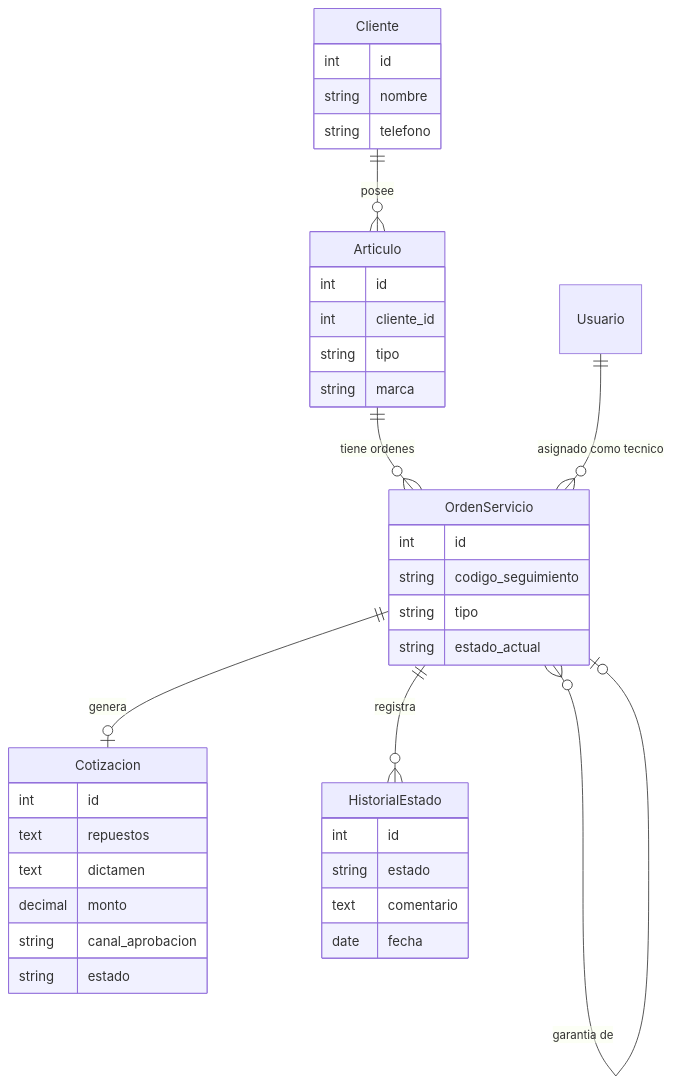
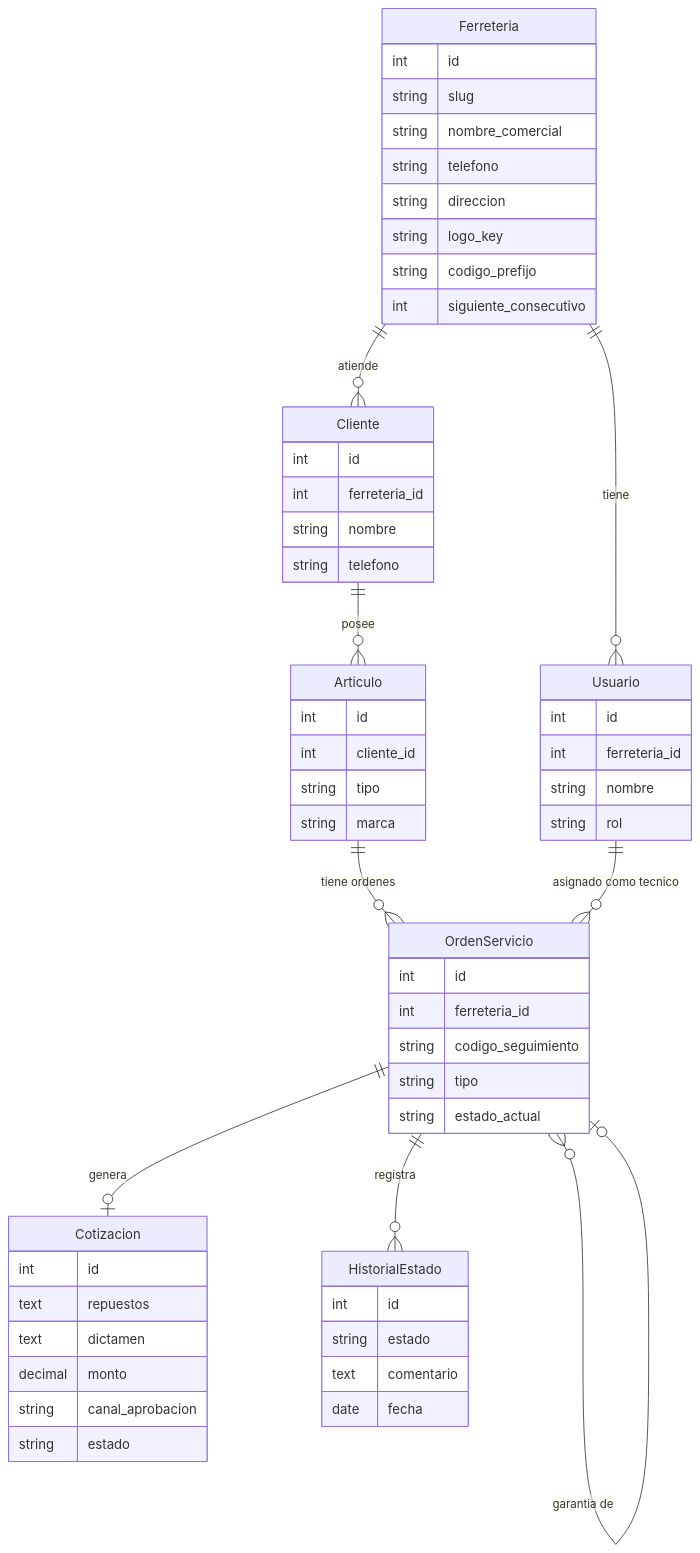
One commit to andrev024/expertools changed the second of 3 diagrams in README.md. Above: the diagram before and after it, drawn with Mermaid. The commit also changed other lines of this file and 39 other files, not shown here.

````diff
--- a/README.md
+++ b/README.md
@@ -65,41 +65,61 @@
 ```mermaid
 erDiagram
+    Ferreteria ||--o{ Usuario : tiene
+    Ferreteria ||--o{ Cliente : atiende
     Cliente ||--o{ Articulo : posee
     Articulo ||--o{ OrdenServicio : "tiene ordenes"
     Usuario ||--o{ OrdenServicio : "asignado como tecnico"
     OrdenServicio ||--o| Cotizacion : genera
     OrdenServicio ||--o{ HistorialEstado : registra
     OrdenServicio }o--o| OrdenServicio : "garantia de"
 
+    Ferreteria {
+        int id
+        string slug
+        string nombre_comercial
+        string telefono
+        string direccion
+        string logo_key
+        string codigo_prefijo
+        int siguiente_consecutivo
+    }
     Cliente {
         int id
+        int ferreteria_id
         string nombre
         string telefono
+    }
+    Usuario {
+        int id
+        int ferreteria_id
+        string nombre
+        string rol
     }
     Articulo {
         int id
         int cliente_id
         string tipo
         string marca
     }
     OrdenServicio {
         int id
+        int ferreteria_id
         string codigo_seguimiento
         string tipo
         string estado_actual
     }
     Cotizacion {
         int id
         text repuestos
         text dictamen
         decimal monto
         string canal_aprobacion
         string estado
     }
     HistorialEstado {
         int id
         string estado
         text comentario
         date fecha
     }
 ```
````
